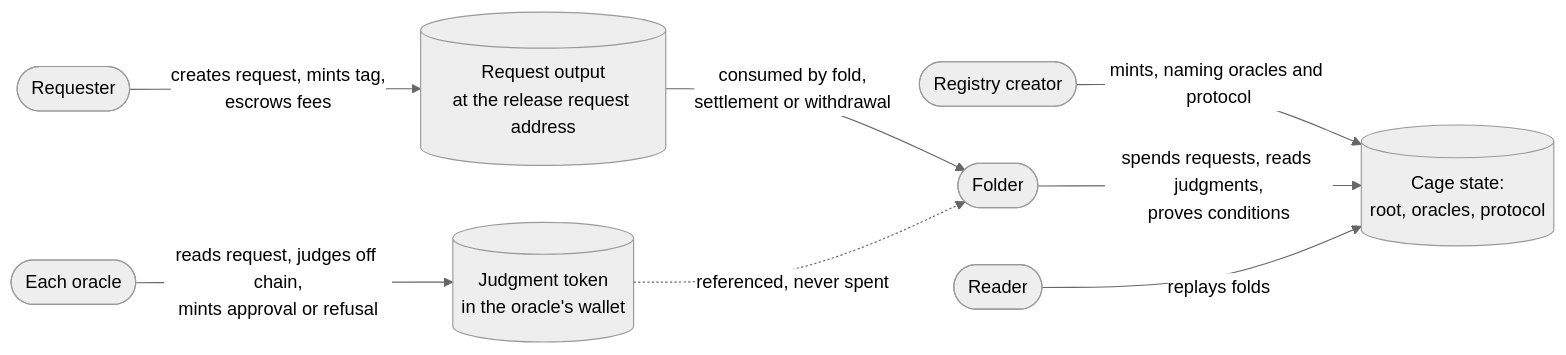
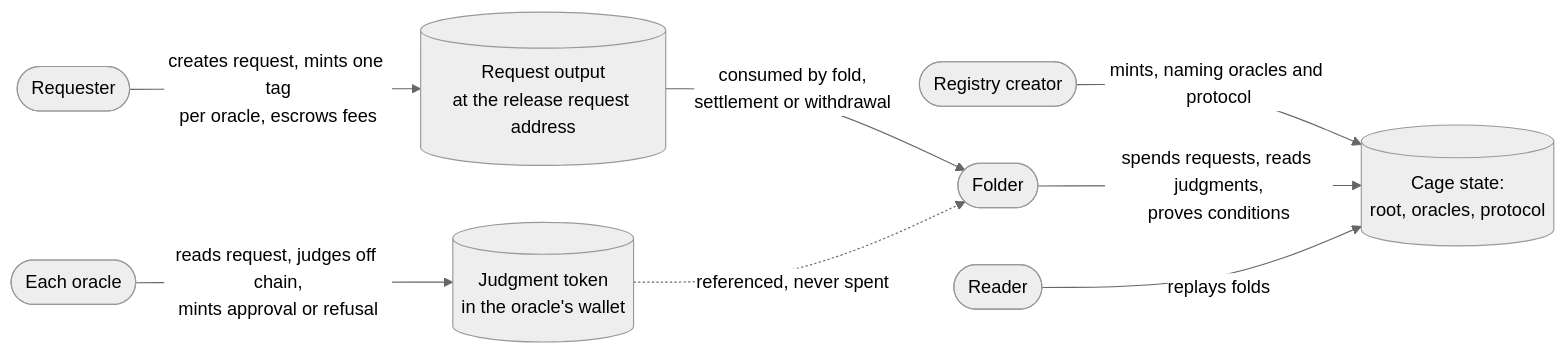
The diagram in docs/design/registries/index.md (cardano-foundation/cardano-mpfs-onchain), drawn with Mermaid (neutral theme) before and after one commit. The commit also changed 5 other files, not shown here.

````diff
--- a/docs/design/registries/index.md
+++ b/docs/design/registries/index.md
@@ -35,10 +35,10 @@
 ```mermaid
 flowchart LR
   creator([Registry creator]) -- "mints, naming oracles and protocol" --> state[(Cage state:<br/>root, oracles, protocol)]
-  requester([Requester]) -- "creates request, mints tag,<br/>escrows fees" --> request[(Request output<br/>at the release request address)]
+  requester([Requester]) -- "creates request, mints one tag<br/>per oracle, escrows fees" --> request[(Request output<br/>at the release request address)]
   oracle([Each oracle]) -- "reads request, judges off chain,<br/>mints approval or refusal" --> judgment[(Judgment token<br/>in the oracle's wallet)]
   folder([Folder]) -- "spends requests, reads judgments,<br/>proves conditions" --> state
   request -- "consumed by fold,<br/>settlement or withdrawal" --> folder
   judgment -. "referenced, never spent" .-> folder
   reader([Reader]) -- "replays folds" --> state
 ```
````
